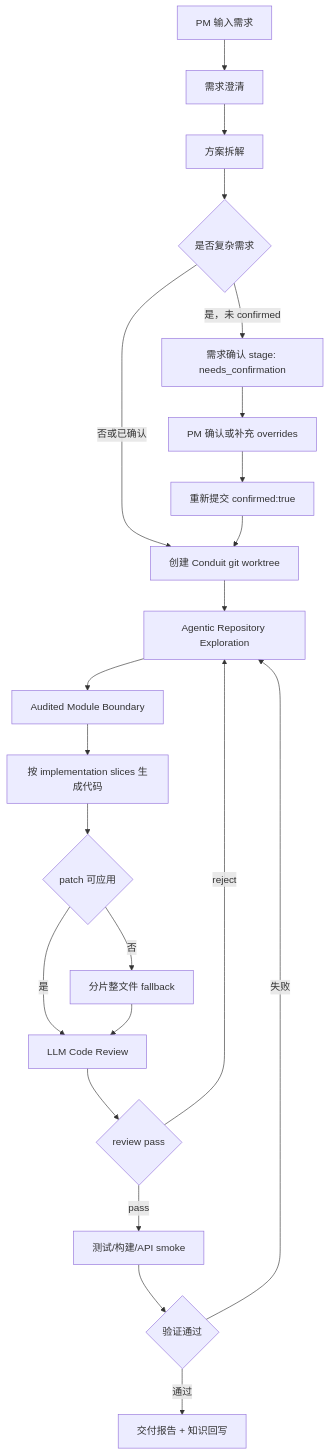
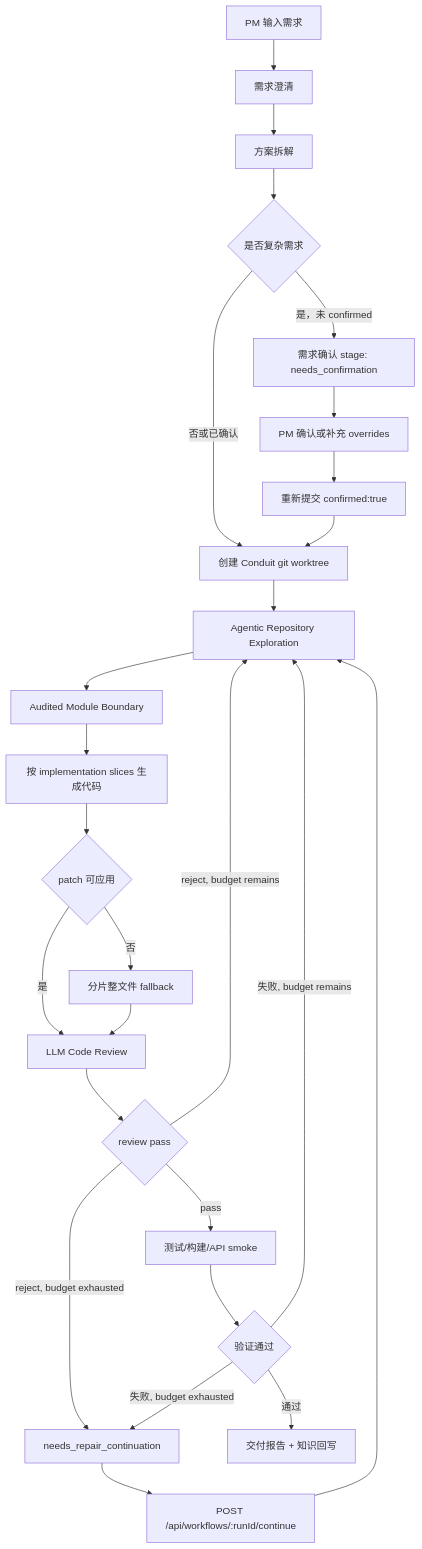
The diagram in ai-engineering-tool/docs/p4-interactive-long-chain-generation.md (Beanoo/end2endProject), drawn with Mermaid before and after one commit. The commit also changed other lines of this file and 3 other files, not shown here.

Commit message:
Allow rejected runs to continue LLM repair

````diff
--- a/ai-engineering-tool/docs/p4-interactive-long-chain-generation.md
+++ b/ai-engineering-tool/docs/p4-interactive-long-chain-generation.md
@@ -12,24 +12,28 @@
 ```mermaid
 flowchart TD
   A["PM 输入需求"] --> B["需求澄清"]
   B --> C["方案拆解"]
   C --> D{"是否复杂需求"}
   D -- "是，未 confirmed" --> E["需求确认 stage: needs_confirmation"]
   E --> F["PM 确认或补充 overrides"]
   F --> G["重新提交 confirmed:true"]
   D -- "否或已确认" --> H["创建 Conduit git worktree"]
   G --> H
   H --> I["Agentic Repository Exploration"]
   I --> J["Audited Module Boundary"]
   J --> K["按 implementation slices 生成代码"]
   K --> L{"patch 可应用"}
   L -- "是" --> M["LLM Code Review"]
   L -- "否" --> N["分片整文件 fallback"]
   N --> M
   M --> O{"review pass"}
-  O -- "reject" --> I
+  O -- "reject, budget remains" --> I
+  O -- "reject, budget exhausted" --> S["needs_repair_continuation"]
+  S --> T["POST /api/workflows/:runId/continue"]
+  T --> I
   O -- "pass" --> P["测试/构建/API smoke"]
   P --> Q{"验证通过"}
-  Q -- "失败" --> I
+  Q -- "失败, budget remains" --> I
+  Q -- "失败, budget exhausted" --> S
   Q -- "通过" --> R["交付报告 + 知识回写"]
 ```
````
